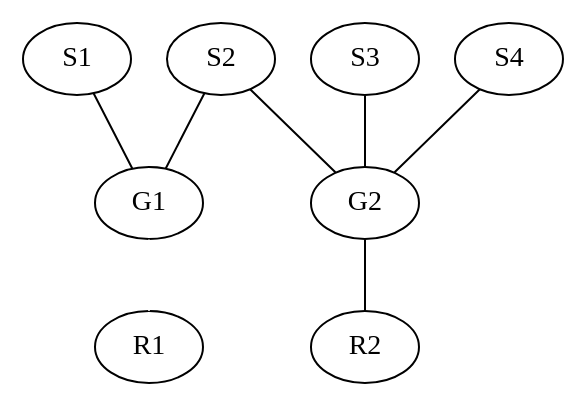
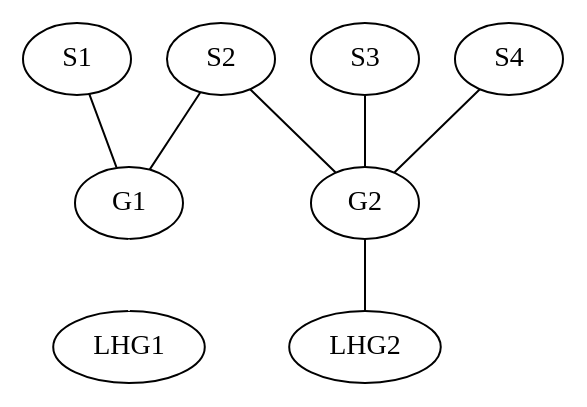
One commit to water/resources changed the diagram in report/fig/labgroup/slack_add_5.dot. Above: the diagram before and after it, drawn with Graphviz. The commit also changed 21 other files, not shown here.

Commit message:
R --> LHG in labgroup diagrams

```diff
--- a/report/fig/labgroup/slack_add_5.dot
+++ b/report/fig/labgroup/slack_add_5.dot
@@ -1,9 +1,9 @@
 graph G {
   S1 -- G1
   S2 -- G1
   S3 -- G2
   S4 -- G2
   S2 -- G2
-  G1 -- R1 [color=white] // For consistency with 5
-  G2 -- R2
+  G1 -- LHG1 [color=white] // For consistency with 5
+  G2 -- LHG2
 }
```
